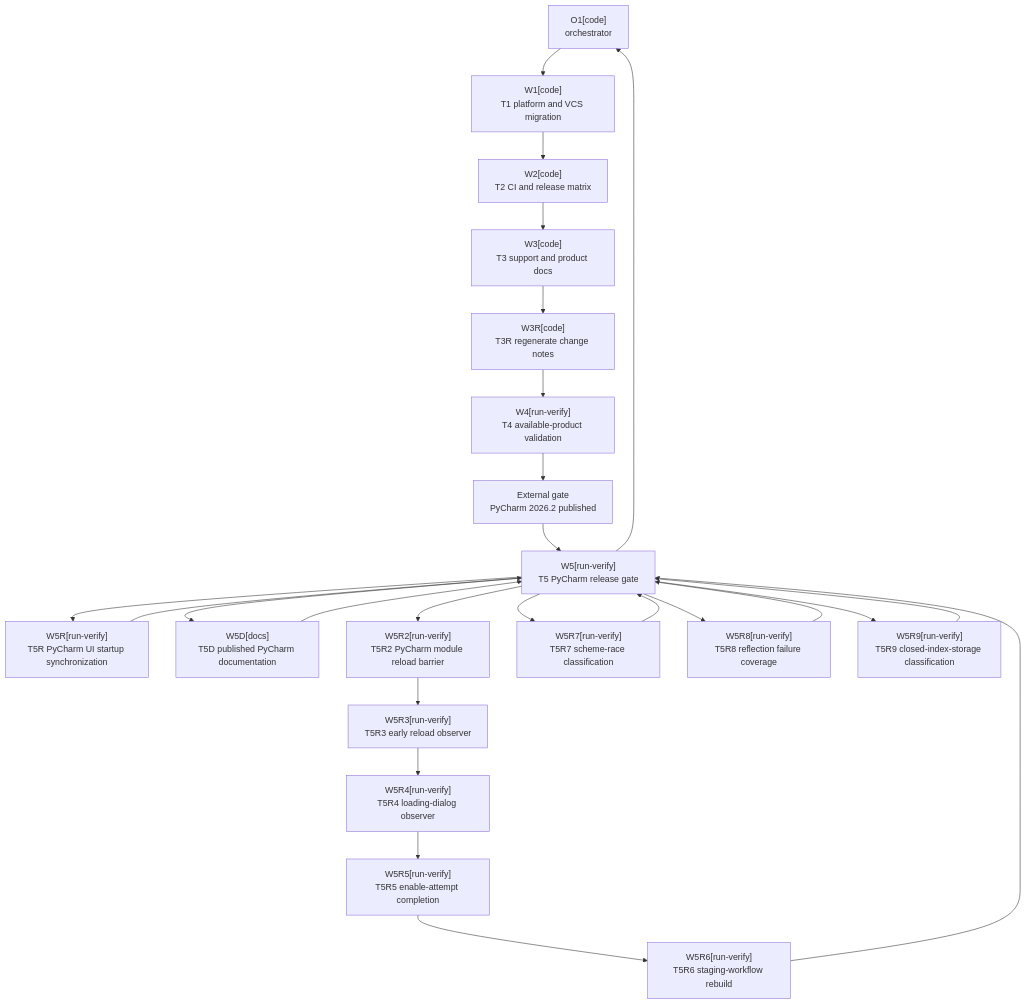
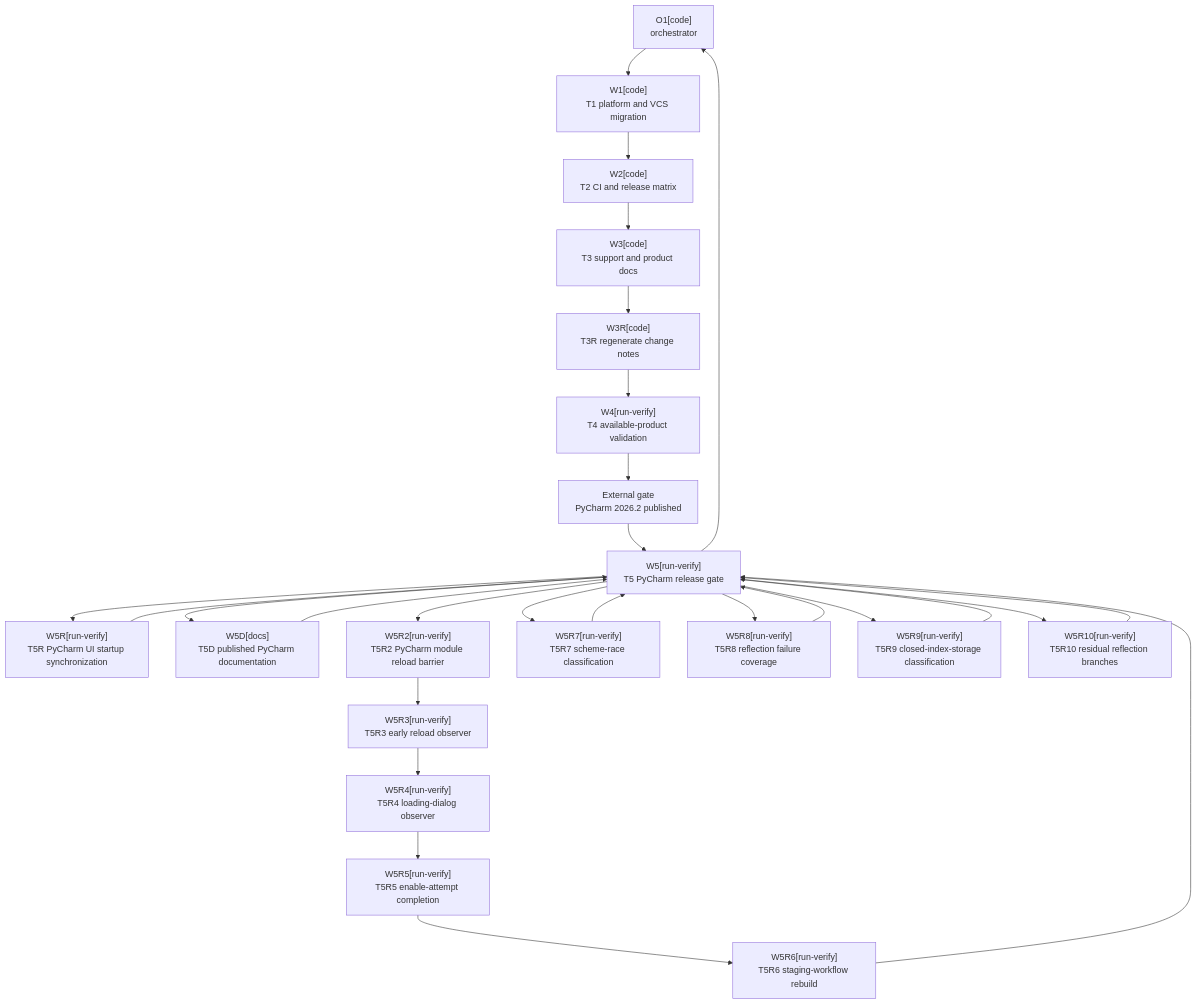
One commit to kamkie/intellij-ai-commit-all-plugin changed the diagram in .agents/plans/PLAN-intellij-2026-2-sdk-upgrade.md. Above: the diagram before and after it, drawn with Mermaid. The commit also changed other lines of this file and 1 other file, not shown here.

First line of the commit message:
docs(plan): add residual coverage remediation

````diff
--- a/.agents/plans/PLAN-intellij-2026-2-sdk-upgrade.md
+++ b/.agents/plans/PLAN-intellij-2026-2-sdk-upgrade.md
@@ -1213,22 +1282,23 @@
 ```mermaid
 flowchart TD
     O1["O1[code]<br/>orchestrator"]
     W1["W1[code]<br/>T1 platform and VCS migration"]
     W2["W2[code]<br/>T2 CI and release matrix"]
     W3["W3[code]<br/>T3 support and product docs"]
     W3R["W3R[code]<br/>T3R regenerate change notes"]
     W4["W4[run-verify]<br/>T4 available-product validation"]
     G1["External gate<br/>PyCharm 2026.2 published"]
     W5["W5[run-verify]<br/>T5 PyCharm release gate"]
     W5R["W5R[run-verify]<br/>T5R PyCharm UI startup synchronization"]
     W5D["W5D[docs]<br/>T5D published PyCharm documentation"]
     W5R2["W5R2[run-verify]<br/>T5R2 PyCharm module reload barrier"]
     W5R3["W5R3[run-verify]<br/>T5R3 early reload observer"]
     W5R4["W5R4[run-verify]<br/>T5R4 loading-dialog observer"]
     W5R5["W5R5[run-verify]<br/>T5R5 enable-attempt completion"]
     W5R6["W5R6[run-verify]<br/>T5R6 staging-workflow rebuild"]
     W5R7["W5R7[run-verify]<br/>T5R7 scheme-race classification"]
     W5R8["W5R8[run-verify]<br/>T5R8 reflection failure coverage"]
     W5R9["W5R9[run-verify]<br/>T5R9 closed-index-storage classification"]
-    O1 --> W1 --> W2 --> W3 --> W3R --> W4 --> G1 --> W5 --> W5R --> W5 --> W5D --> W5 --> W5R2 --> W5R3 --> W5R4 --> W5R5 --> W5R6 --> W5 --> W5R7 --> W5 --> W5R8 --> W5 --> W5R9 --> W5 --> O1
+    W5R10["W5R10[run-verify]<br/>T5R10 residual reflection branches"]
+    O1 --> W1 --> W2 --> W3 --> W3R --> W4 --> G1 --> W5 --> W5R --> W5 --> W5D --> W5 --> W5R2 --> W5R3 --> W5R4 --> W5R5 --> W5R6 --> W5 --> W5R7 --> W5 --> W5R8 --> W5 --> W5R9 --> W5 --> W5R10 --> W5 --> O1
 ```
````
